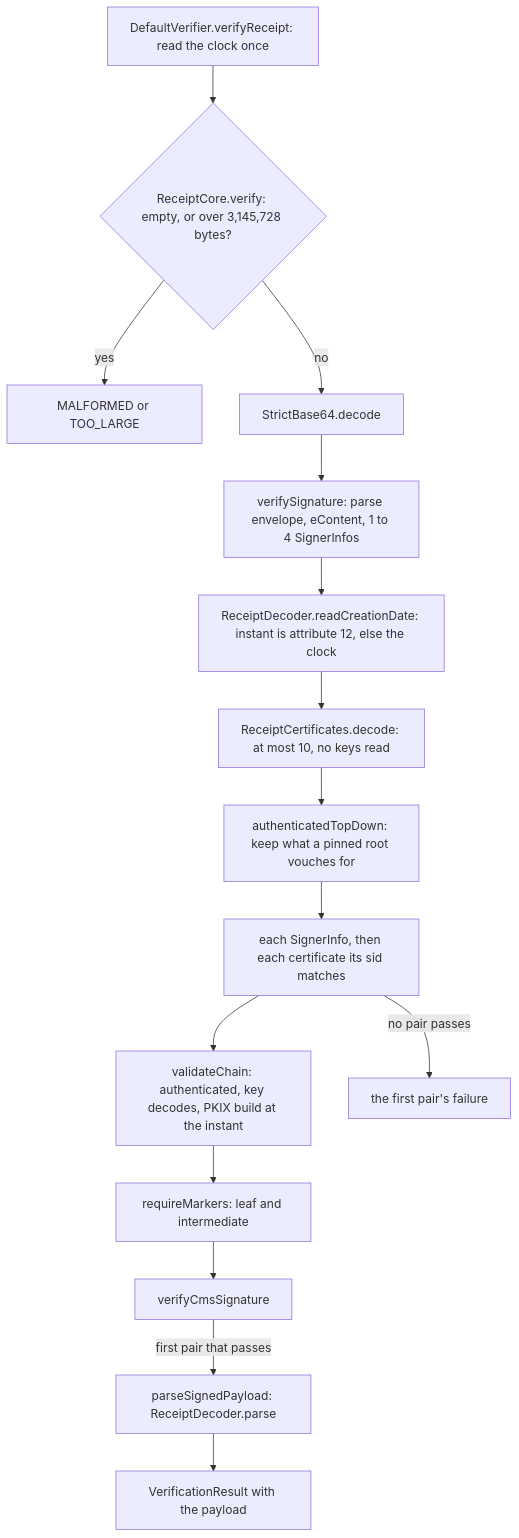
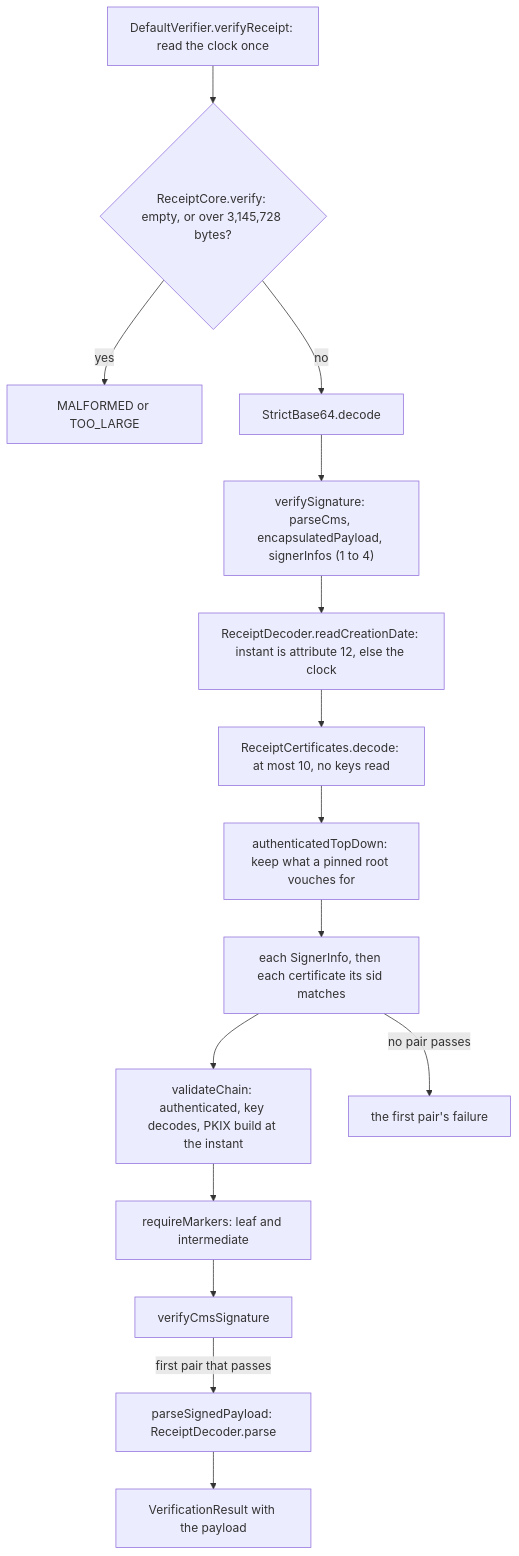
The third of 3 diagrams in java/WALKTHROUGH.md (emindeniz99/apple-purchase-receipt-verifier), drawn with Mermaid before and after one commit. The commit also changed other lines of this file and 6 other files, not shown here.

First line of the commit message:
refactor(java): split verifySignature and merge the base64 decoders

````diff
--- a/java/WALKTHROUGH.md
+++ b/java/WALKTHROUGH.md
@@ -514,17 +514,17 @@
 ```mermaid
 flowchart TD
     S["DefaultVerifier.verifyReceipt: read the clock once"] --> C1{"ReceiptCore.verify: empty, or over 3,145,728 bytes?"}
     C1 -->|yes| F1["MALFORMED or TOO_LARGE"]
     C1 -->|no| C2["StrictBase64.decode"]
-    C2 --> C3["verifySignature: parse envelope, eContent, 1 to 4 SignerInfos"]
+    C2 --> C3["verifySignature: parseCms, encapsulatedPayload, signerInfos (1 to 4)"]
     C3 --> C4["ReceiptDecoder.readCreationDate: instant is attribute 12, else the clock"]
     C4 --> C5["ReceiptCertificates.decode: at most 10, no keys read"]
     C5 --> C6["authenticatedTopDown: keep what a pinned root vouches for"]
     C6 --> L["each SignerInfo, then each certificate its sid matches"]
     L --> C7["validateChain: authenticated, key decodes, PKIX build at the instant"]
     C7 --> C8["requireMarkers: leaf and intermediate"]
     C8 --> C9["verifyCmsSignature"]
     C9 -->|first pair that passes| C10["parseSignedPayload: ReceiptDecoder.parse"]
     C10 --> OK["VerificationResult with the payload"]
     L -->|no pair passes| F2["the first pair's failure"]
 ```
````
